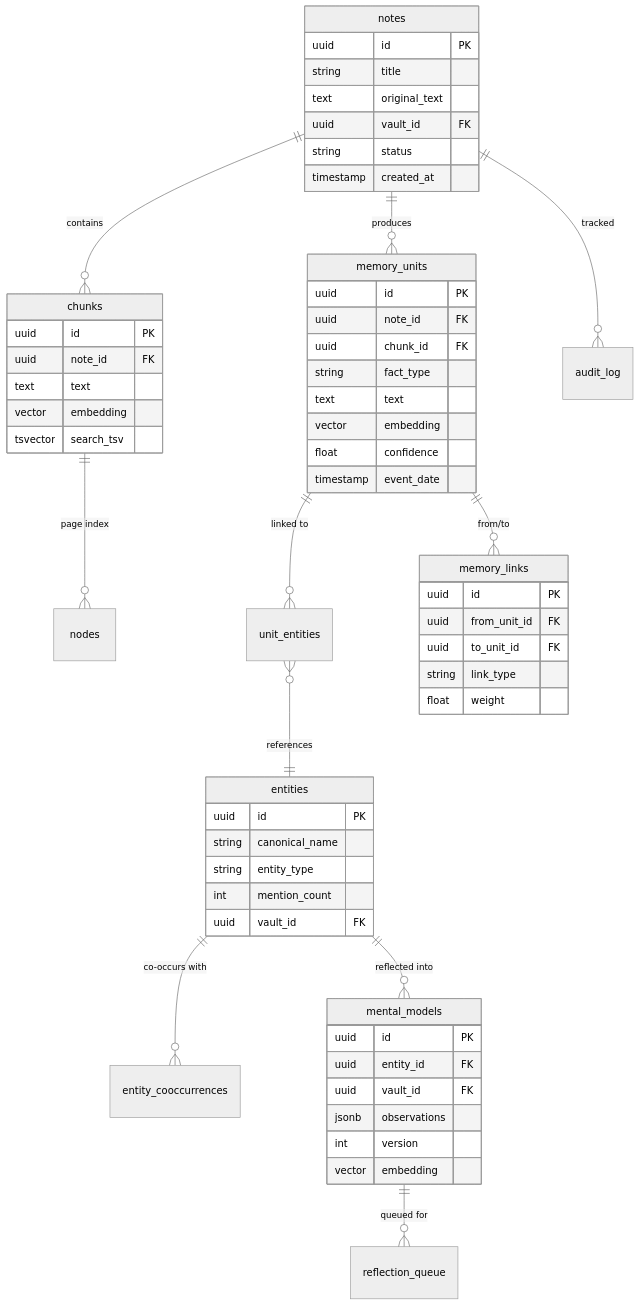
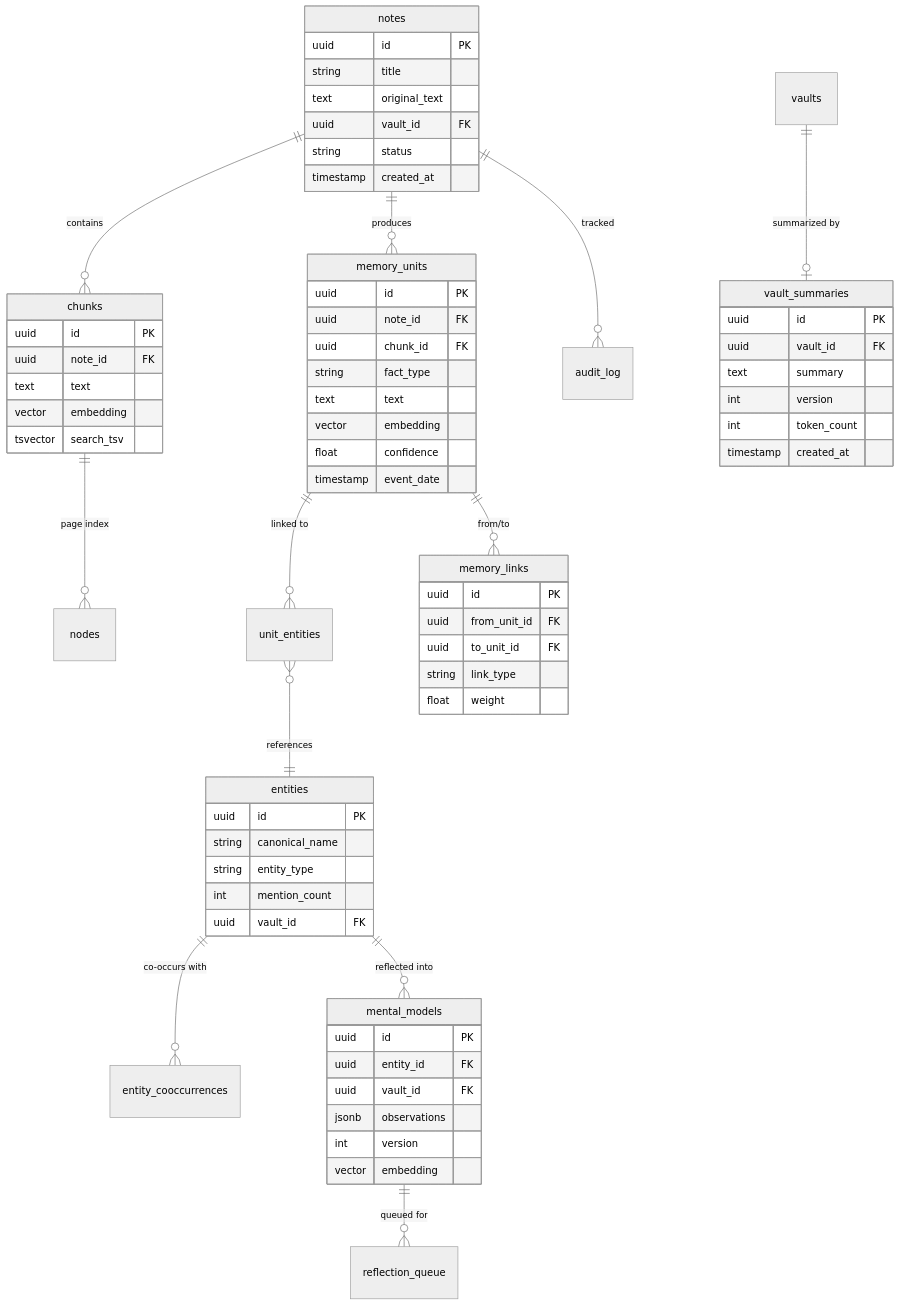
Before and after one commit to JasperHG90/memex: the third of 3 diagrams in docs/explanation/architecture-overview.md, drawn with Mermaid (neutral theme). The commit also changed other lines of this file and 8 other files, not shown here.

First line of the commit message:
docs: update README and explanation docs for vault summaries, session briefing, survey, and staleness

````diff
--- a/docs/explanation/architecture-overview.md
+++ b/docs/explanation/architecture-overview.md
@@ -82,66 +86,76 @@
 ```mermaid
 erDiagram
     notes ||--o{ chunks : contains
     notes ||--o{ memory_units : produces
     chunks ||--o{ nodes : "page index"
 
     memory_units ||--o{ unit_entities : "linked to"
     unit_entities }o--|| entities : references
 
     entities ||--o{ entity_cooccurrences : "co-occurs with"
     entities ||--o{ mental_models : "reflected into"
 
     memory_units ||--o{ memory_links : "from/to"
 
     mental_models ||--o{ reflection_queue : "queued for"
 
     notes ||--o{ audit_log : tracked
+
+    vaults ||--o| vault_summaries : "summarized by"
 
     notes {
         uuid id PK
         string title
         text original_text
         uuid vault_id FK
         string status
         timestamp created_at
     }
     memory_units {
         uuid id PK
         uuid note_id FK
         uuid chunk_id FK
         string fact_type
         text text
         vector embedding
         float confidence
         timestamp event_date
     }
     entities {
         uuid id PK
         string canonical_name
         string entity_type
         int mention_count
         uuid vault_id FK
     }
     memory_links {
         uuid id PK
         uuid from_unit_id FK
         uuid to_unit_id FK
         string link_type
         float weight
     }
     mental_models {
         uuid id PK
         uuid entity_id FK
         uuid vault_id FK
         jsonb observations
         int version
         vector embedding
     }
     chunks {
         uuid id PK
         uuid note_id FK
         text text
         vector embedding
         tsvector search_tsv
     }
+    vault_summaries {
+        uuid id PK
+        uuid vault_id FK
+        text summary
+        int version
+        int token_count
+        timestamp created_at
+    }
 ```
````
